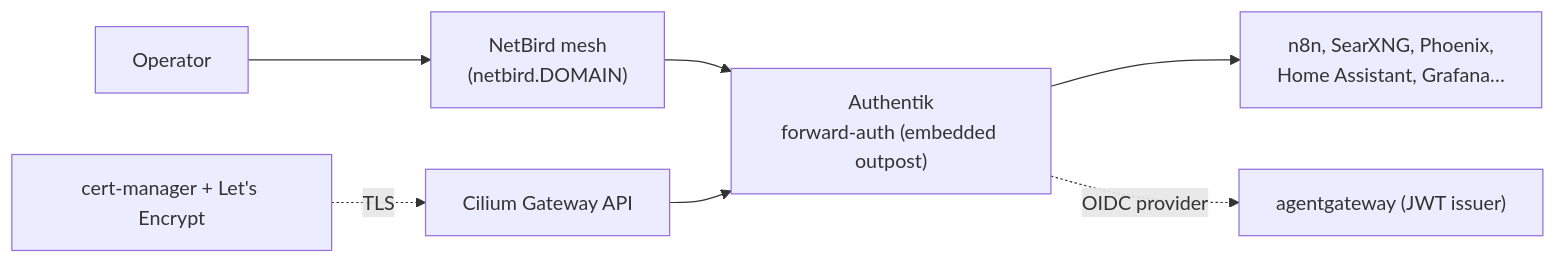
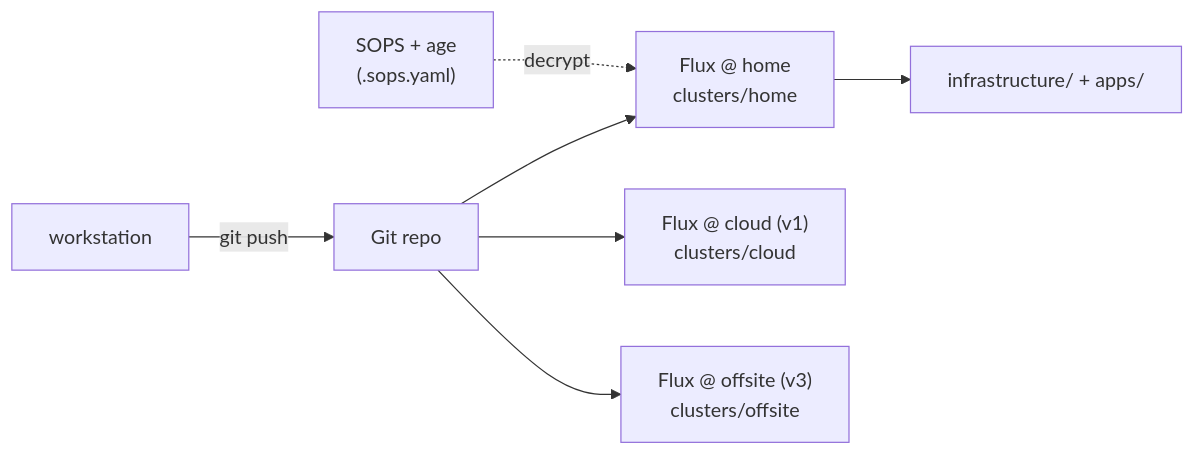
One commit to ngoldack/homelab changed the fifth of 6 diagrams in docs/architecture.md. Above: the diagram before and after it, drawn with Mermaid. The commit also changed other lines of this file and 320 other files, not shown here.

````diff
--- a/docs/architecture.md
+++ b/docs/architecture.md
@@ -212,10 +157,9 @@
 ```mermaid
 flowchart LR
-  user["Operator"] --> nbm["NetBird mesh<br/>(netbird.DOMAIN)"]
-  nbm --> ak["Authentik<br/>forward-auth (embedded outpost)"]
-  ak --> apps["n8n, SearXNG, Phoenix,<br/>Home Assistant, Grafana…"]
-
-  cil["Cilium Gateway API"] --> ak
-  ak -. "OIDC provider" .-> gw["agentgateway (JWT issuer)"]
-  cm["cert-manager + Let's Encrypt"] -. TLS .-> cil
+  Dev["workstation"] -->|git push| Repo["Git repo"]
+  Repo --> FHL["Flux @ home<br/>clusters/home"]
+  Repo --> FCL["Flux @ cloud (v1)<br/>clusters/cloud"]
+  Repo --> FOS["Flux @ offsite (v3)<br/>clusters/offsite"]
+  FHL --> KHL["infrastructure/ + apps/"]
+  SOPS["SOPS + age<br/>(.sops.yaml)"] -.decrypt.-> FHL
 ```
````
